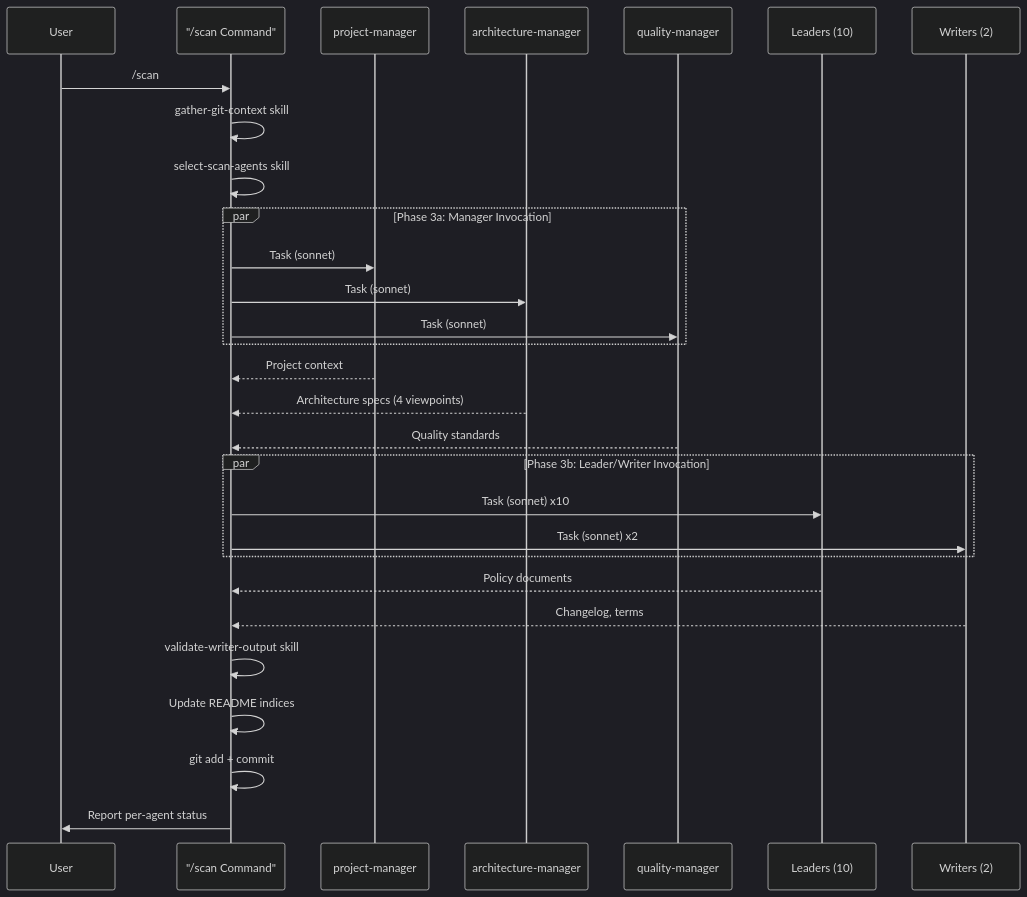
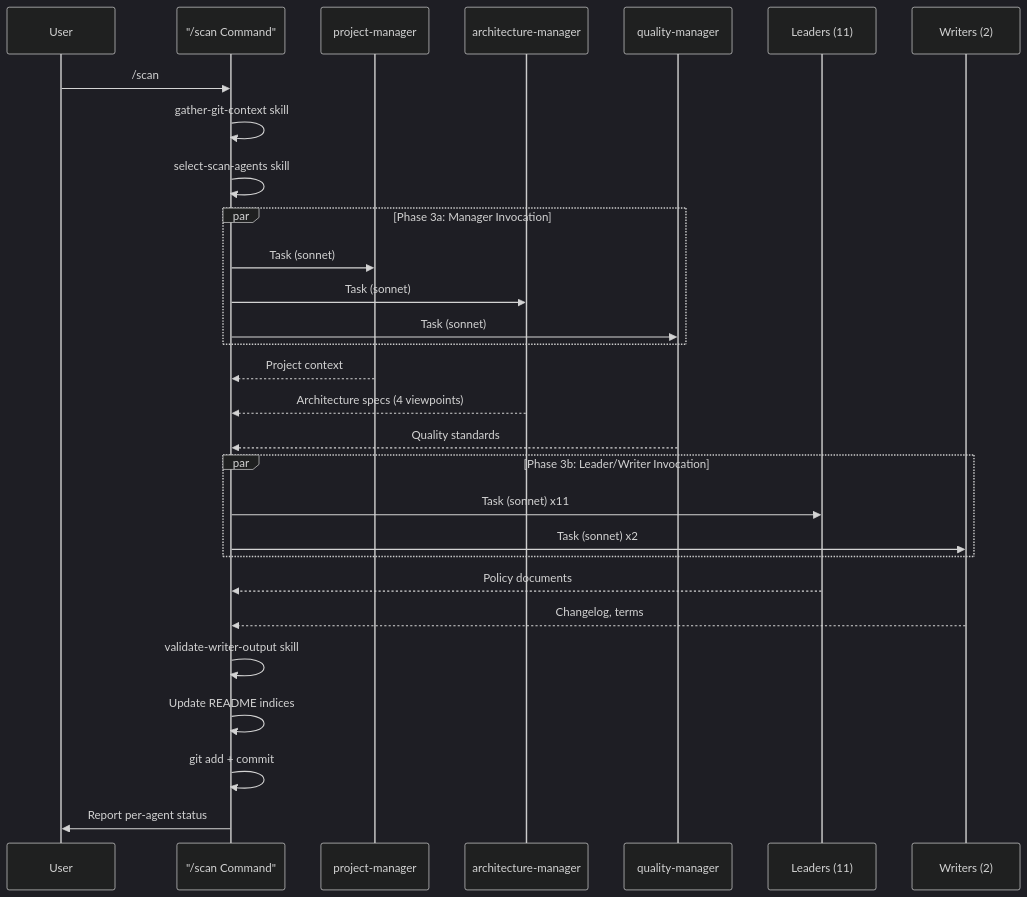
The third of 11 diagrams in .workaholic/specs/application.md (qmu/workaholic), drawn with Mermaid (dark theme) before and after one commit. The commit also changed other lines of this file and 57 other files, not shown here.

````diff
--- a/.workaholic/specs/application.md
+++ b/.workaholic/specs/application.md
@@ -97,37 +113,37 @@
 ```mermaid
 sequenceDiagram
     participant User
     participant scan as "/scan Command"
     participant PM as project-manager
     participant AM as architecture-manager
     participant QM as quality-manager
-    participant Leaders as Leaders (10)
+    participant Leaders as Leaders (11)
     participant Writers as Writers (2)
 
     User->>scan: /scan
     scan->>scan: gather-git-context skill
     scan->>scan: select-scan-agents skill
 
     par Phase 3a: Manager Invocation
         scan->>PM: Task (sonnet)
         scan->>AM: Task (sonnet)
         scan->>QM: Task (sonnet)
     end
 
     PM-->>scan: Project context
     AM-->>scan: Architecture specs (4 viewpoints)
     QM-->>scan: Quality standards
 
     par Phase 3b: Leader/Writer Invocation
-        scan->>Leaders: Task (sonnet) x10
+        scan->>Leaders: Task (sonnet) x11
         scan->>Writers: Task (sonnet) x2
     end
 
     Leaders-->>scan: Policy documents
     Writers-->>scan: Changelog, terms
 
     scan->>scan: validate-writer-output skill
     scan->>scan: Update README indices
     scan->>scan: git add + commit
     scan->>User: Report per-agent status
 ```
````
